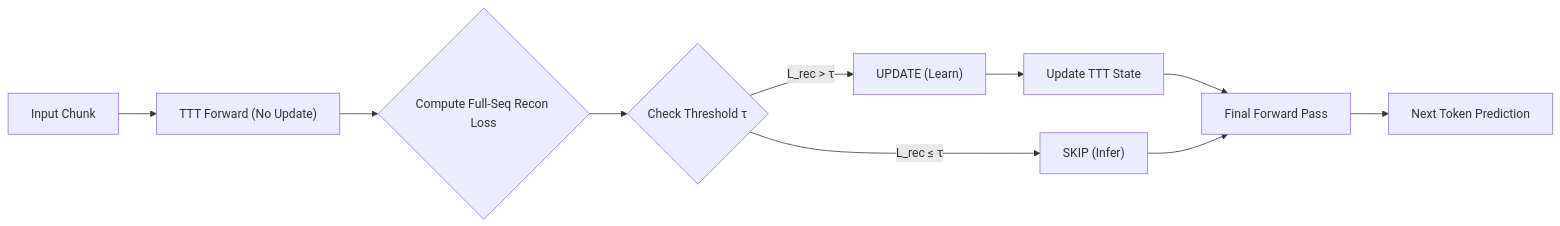
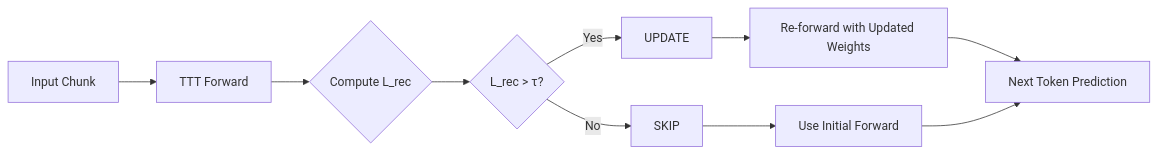
One commit to deveworld/ponderTTT changed the diagram in README.md. Above: the diagram before and after it, drawn with Mermaid. The commit also changed other lines of this file, not shown here.

````diff
--- a/README.md
+++ b/README.md
@@ -15,12 +17,12 @@
 ```mermaid
 graph LR
-    A[Input Chunk] --> B["TTT Forward (No Update)"]
-    B --> C{Compute Full-Seq Recon Loss}
-    C --> D{Check Threshold τ}
-    D -- "L_rec > τ" --> E["UPDATE (Learn)"]
-    D -- "L_rec ≤ τ" --> F["SKIP (Infer)"]
-    E --> G[Update TTT State]
-    G --> H[Final Forward Pass]
-    F --> H
-    H --> I[Next Token Prediction]
+    A[Input Chunk] --> B["TTT Forward"]
+    B --> C{Compute L_rec}
+    C --> D{"L_rec > τ?"}
+    D -- "Yes" --> E["UPDATE"]
+    D -- "No" --> F["SKIP"]
+    E --> G[Re-forward with Updated Weights]
+    F --> H[Use Initial Forward]
+    G --> I[Next Token Prediction]
+    H --> I
 ```
````
